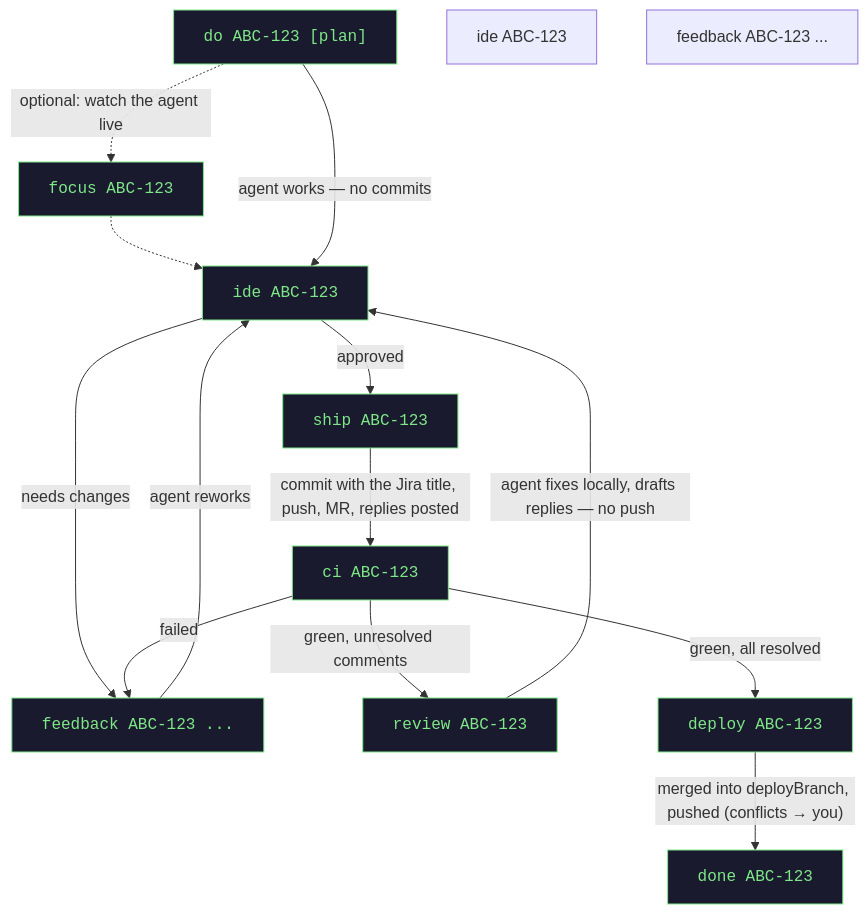
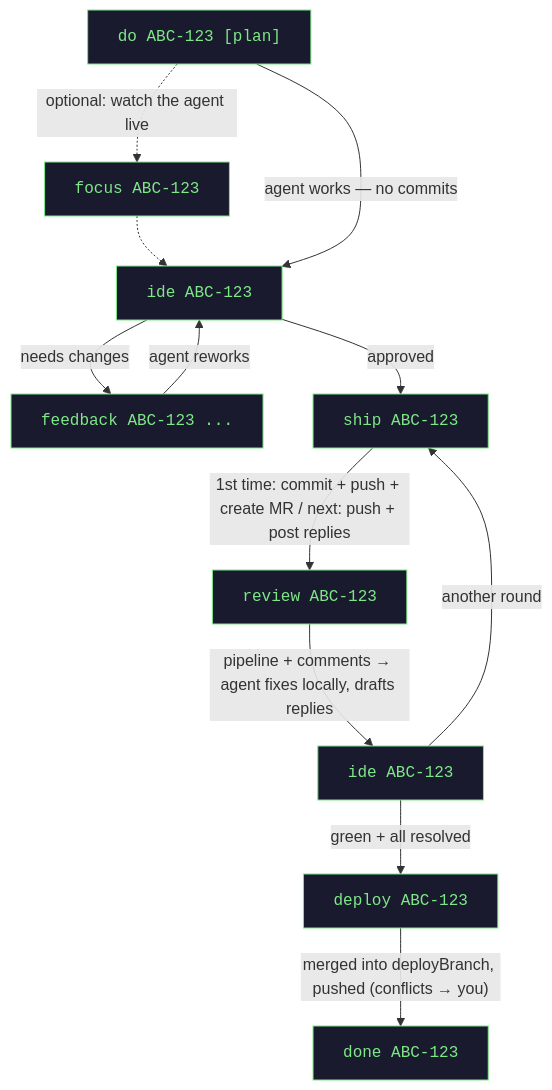
One commit to GulDmitry/jagt changed the diagram in README.md. Above: the diagram before and after it, drawn with Mermaid. The commit also changed other lines of this file and 29 other files, not shown here.

Commit message:
Add TODO for future ideas: auto-poll GitLab after ship, review-command clarity

````diff
--- a/README.md
+++ b/README.md
@@ -99,30 +111,27 @@
 ```mermaid
 flowchart TD
     DO["do ABC-123 [plan]"]
     IDE1["ide ABC-123"]
     FB["feedback ABC-123 ..."]
     SHIP["ship ABC-123"]
     REVIEW["review ABC-123"]
     IDE2["ide ABC-123"]
-    CI["ci ABC-123"]
-    FB2["feedback ABC-123 ..."]
     DEPLOY["deploy ABC-123"]
     DONE["done ABC-123"]
 
     FOCUS["focus ABC-123"]
     DO -.->|"optional: watch the agent live"| FOCUS
     FOCUS -.-> IDE1
     DO -->|"agent works — no commits"| IDE1
     IDE1 -->|"needs changes"| FB
     FB -->|"agent reworks"| IDE1
     IDE1 -->|"approved"| SHIP
-    SHIP -->|"commit with the Jira title, push, MR, replies posted"| CI
-    CI -->|"failed"| FB
-    CI -->|"green, unresolved comments"| REVIEW
-    REVIEW -->|"agent fixes locally, drafts replies — no push"| IDE1
-    CI -->|"green, all resolved"| DEPLOY
+    SHIP -->|"1st time: commit + push + create MR / next: push + post replies"| REVIEW
+    REVIEW -->|"pipeline + comments → agent fixes locally, drafts replies"| IDE2
+    IDE2 -->|"another round"| SHIP
+    IDE2 -->|"green + all resolved"| DEPLOY
     DEPLOY -->|"merged into deployBranch, pushed (conflicts → you)"| DONE
 
     classDef cmd font-family:monospace,fill:#1a1a2e,color:#7ee787,stroke:#7ee787;
-    class DO,FOCUS,IDE1,FB,SHIP,REVIEW,CI,DEPLOY,DONE cmd;
+    class DO,FOCUS,IDE1,FB,SHIP,REVIEW,IDE2,DEPLOY,DONE cmd;
 ```
````
